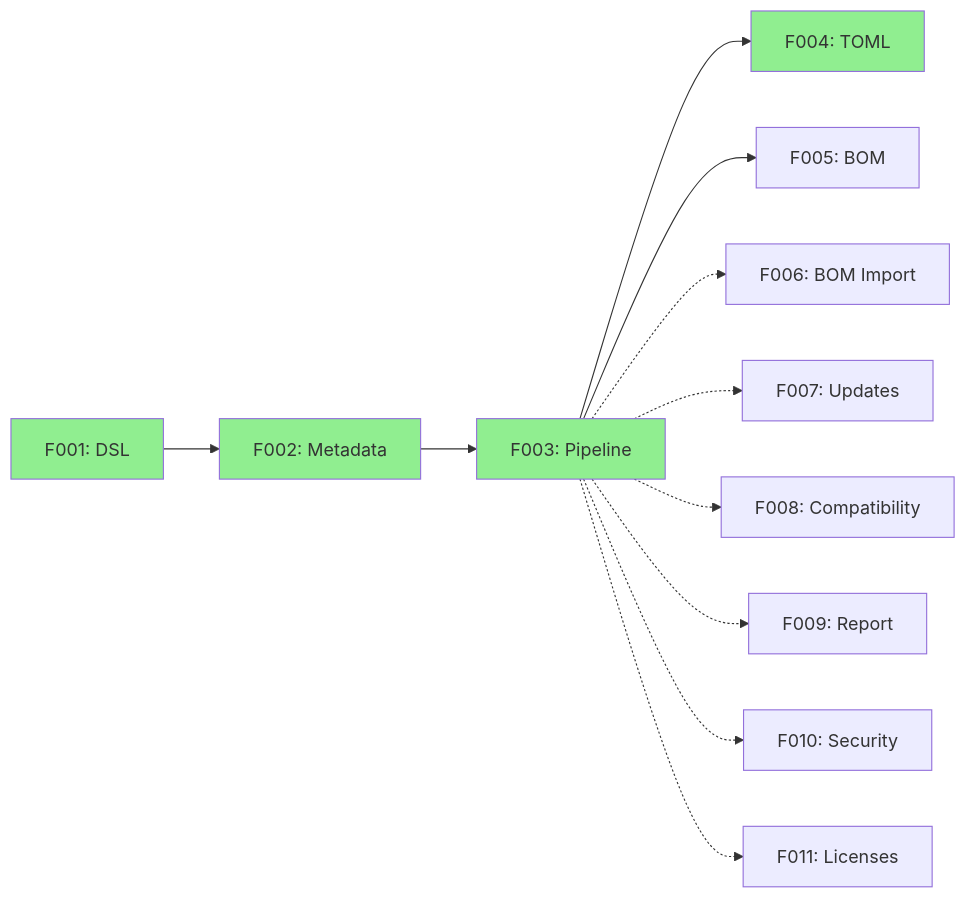
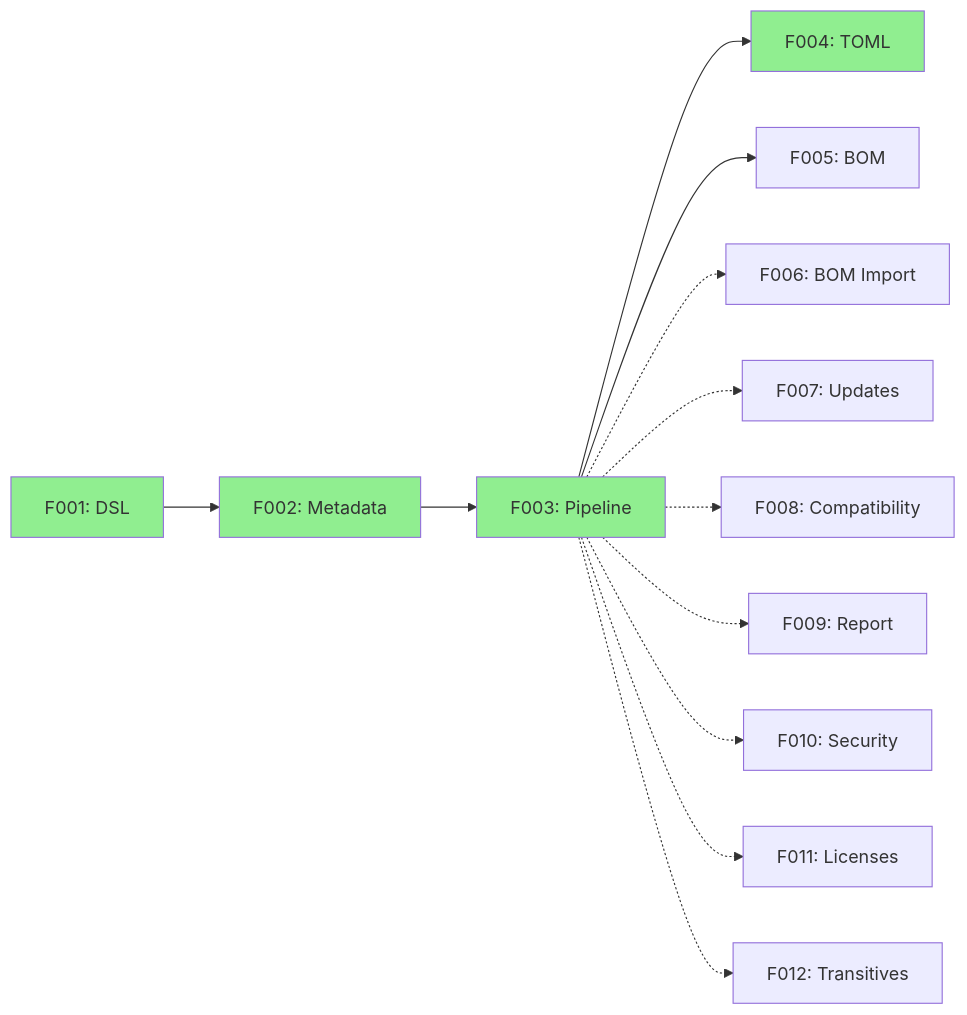
Before and after one commit to zenhelix/dependanger: the second of 2 diagrams in docs/02-features/index.adoc, drawn with Mermaid. The commit also changed other lines of this file and 6 other files, not shown here.

```diff
--- a/docs/02-features/index.adoc
+++ b/docs/02-features/index.adoc
@@ -166,19 +180,20 @@
 [mermaid,target=feature-deps,format=svg]
 ----
 flowchart LR
     F001[F001: DSL] --> F002[F002: Metadata]
     F002 --> F003[F003: Pipeline]
     F003 --> F004[F004: TOML]
     F003 --> F005[F005: BOM]
     F003 -.-> F006[F006: BOM Import]
     F003 -.-> F007[F007: Updates]
     F003 -.-> F008[F008: Compatibility]
     F003 -.-> F009[F009: Report]
     F003 -.-> F010[F010: Security]
     F003 -.-> F011[F011: Licenses]
+    F003 -.-> F012[F012: Transitives]
 
     style F001 fill:#90EE90
     style F002 fill:#90EE90
     style F003 fill:#90EE90
     style F004 fill:#90EE90
 ----
```
